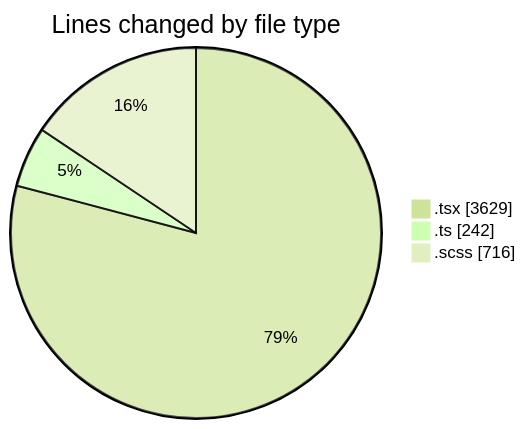
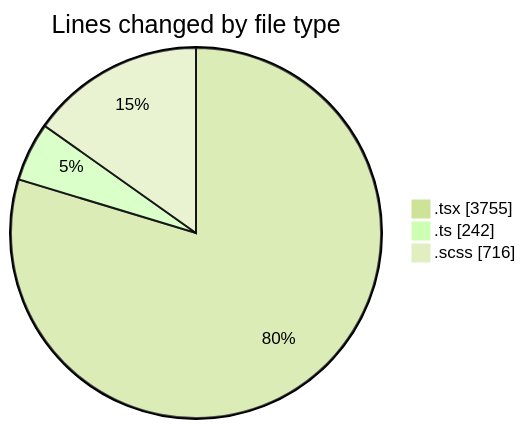
Before and after one commit to momahboobian/code-tracking: the first of 2 diagrams in 2025-09-15/cda/README.md, drawn with Mermaid (forest theme). The commit also changed other lines of this file and 1 other file, not shown here.

````diff
--- a/2025-09-15/cda/README.md
+++ b/2025-09-15/cda/README.md
@@ -25,7 +26,7 @@
 ```mermaid
 pie showData
 title Lines changed by file type
-".tsx" : 3629
+".tsx" : 3755
 ".ts" : 242
 ".scss" : 716
 ```
````
